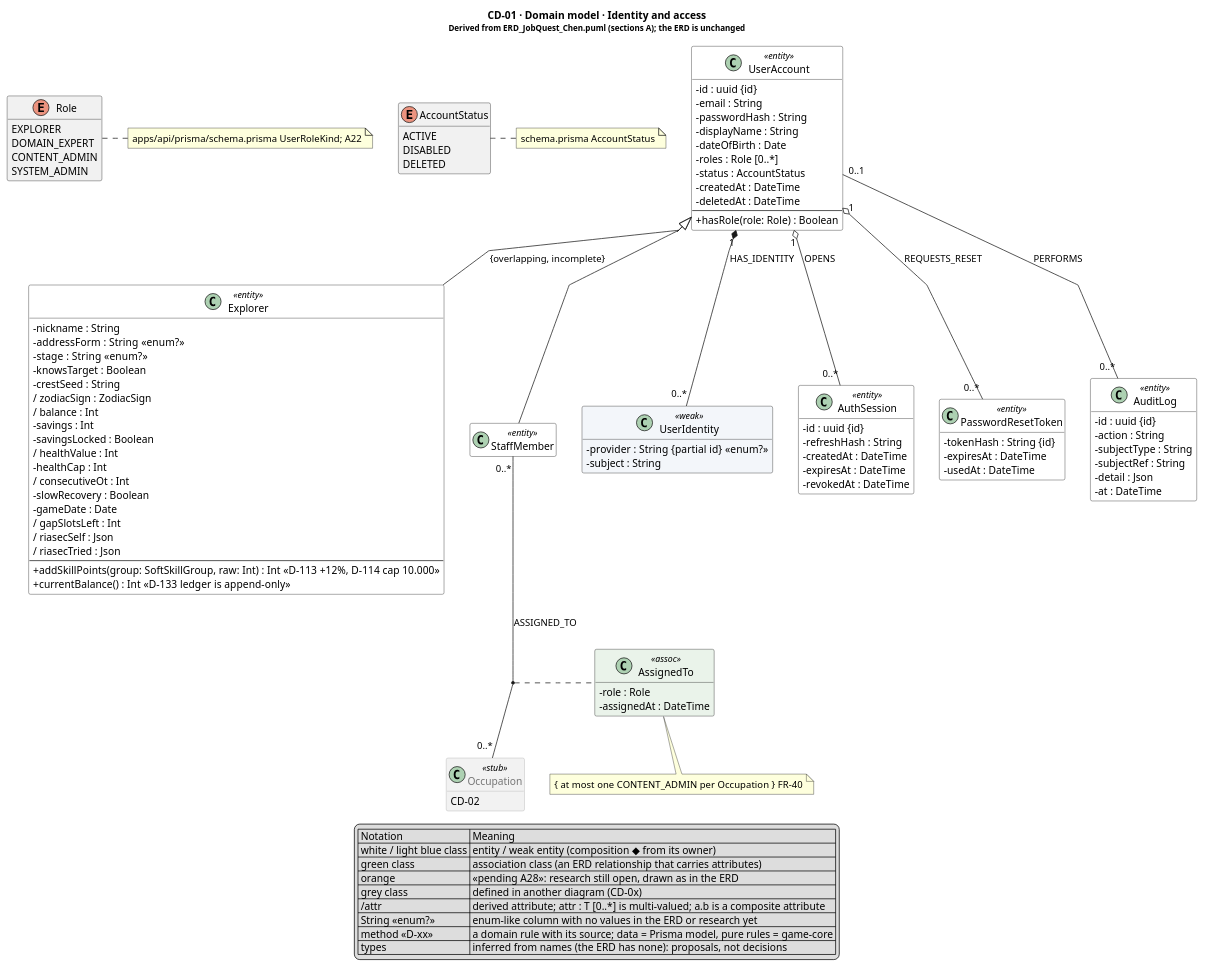
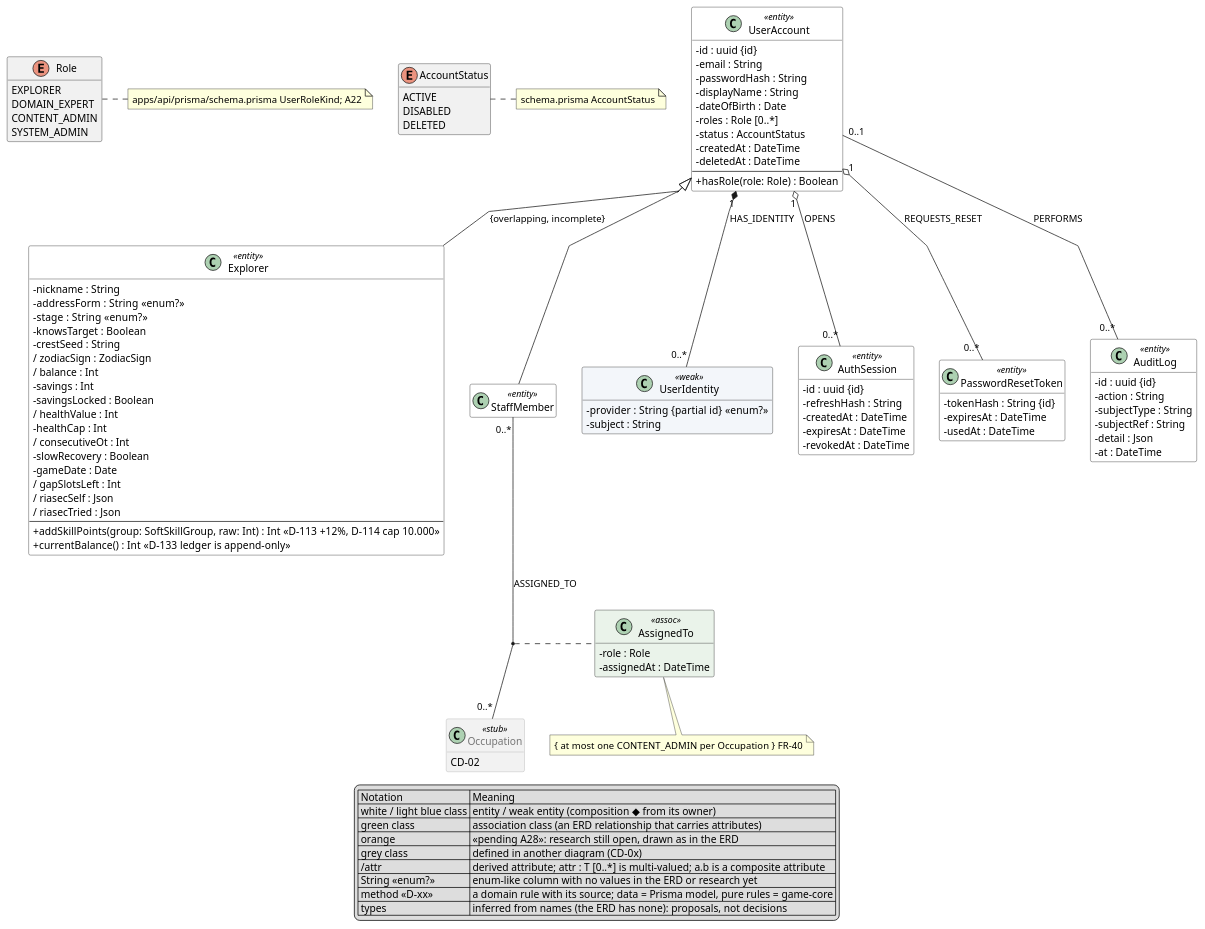
Before and after one commit to The-Golden-Trio/Capstone-Project: the diagram in reports/master/plantuml/class/domain/CD-01_Identity.puml, drawn with PlantUML. The commit also changed 167 other files, not shown here.

```diff
--- a/reports/master/plantuml/class/domain/CD-01_Identity.puml
+++ b/reports/master/plantuml/class/domain/CD-01_Identity.puml
@@ -1,122 +1,121 @@
 @startuml CD-01_Identity
-title CD-01 · Domain model · Identity and access\n<size:11>Derived from ERD_JobQuest_Chen.puml (sections A); the ERD is unchanged</size>
 hide empty members
 skinparam classAttributeIconSize 0
 skinparam linetype polyline
 skinparam nodesep 35
 skinparam ranksep 55
 skinparam class {
   BackgroundColor<<entity>> #FFFFFF
   BackgroundColor<<weak>> #F3F6FA
   BackgroundColor<<assoc>> #EAF3EA
   BackgroundColor<<pending>> #FFE3C2
   BorderColor<<pending>> #E8710A
   BackgroundColor<<vang>> #FFF3C4
   BackgroundColor<<stub>> #F2F2F2
   BorderColor<<stub>> #AAAAAA
   FontColor<<stub>> #777777
 }
 
 class UserAccount <<entity>> {
   - id : uuid {id}
   - email : String
   - passwordHash : String
   - displayName : String
   - dateOfBirth : Date
   - roles : Role [0..*]
   - status : AccountStatus
   - createdAt : DateTime
   - deletedAt : DateTime
   --
   +hasRole(role: Role) : Boolean
 }
 class Explorer <<entity>> {
   - nickname : String
   - addressForm : String  «enum?»
   - stage : String  «enum?»
   - knowsTarget : Boolean
   - crestSeed : String
   / zodiacSign : ZodiacSign
   / balance : Int
   - savings : Int
   - savingsLocked : Boolean
   / healthValue : Int
   - healthCap : Int
   / consecutiveOt : Int
   - slowRecovery : Boolean
   - gameDate : Date
   / gapSlotsLeft : Int
   / riasecSelf : Json
   / riasecTried : Json
   --
   +addSkillPoints(group: SoftSkillGroup, raw: Int) : Int  «D-113 +12%, D-114 cap 10.000»
   +currentBalance() : Int  «D-133 ledger is append-only»
 }
 class StaffMember <<entity>> {
 }
 class UserIdentity <<weak>> {
   - provider : String {partial id}  «enum?»
   - subject : String
 }
 class AuthSession <<entity>> {
   - id : uuid {id}
   - refreshHash : String
   - createdAt : DateTime
   - expiresAt : DateTime
   - revokedAt : DateTime
 }
 class PasswordResetToken <<entity>> {
   - tokenHash : String {id}
   - expiresAt : DateTime
   - usedAt : DateTime
 }
 class AuditLog <<entity>> {
   - id : uuid {id}
   - action : String
   - subjectType : String
   - subjectRef : String
   - detail : Json
   - at : DateTime
 }
 class AssignedTo <<assoc>> {
   - role : Role
   - assignedAt : DateTime
 }
 enum Role {
   EXPLORER
   DOMAIN_EXPERT
   CONTENT_ADMIN
   SYSTEM_ADMIN
 }
 note right of Role : apps/api/prisma/schema.prisma UserRoleKind; A22
 enum AccountStatus {
   ACTIVE
   DISABLED
   DELETED
 }
 note right of AccountStatus : schema.prisma AccountStatus
 class Occupation <<stub>> {
   CD-02
 }
 
 UserAccount "1" *-- "0..*" UserIdentity : HAS_IDENTITY
 UserAccount "1" o-- "0..*" AuthSession : OPENS
 UserAccount "1" o-- "0..*" PasswordResetToken : REQUESTS_RESET
 UserAccount "0..1" -- "0..*" AuditLog : PERFORMS
 StaffMember "0..*" -- "0..*" Occupation : ASSIGNED_TO
 (StaffMember, Occupation) .. AssignedTo
 UserAccount <|-- Explorer : {overlapping, incomplete}
 UserAccount <|-- StaffMember
 note bottom of AssignedTo : { at most one CONTENT_ADMIN per Occupation }  FR-40
 legend bottom
   | Notation | Meaning |
   | white / light blue class | entity / weak entity (composition ◆ from its owner) |
   | green class | association class (an ERD relationship that carries attributes) |
   | orange | «pending A28»: research still open, drawn as in the ERD |
   | grey class | defined in another diagram (CD-0x) |
   | /attr | derived attribute; attr : T [0..*] is multi-valued; a.b is a composite attribute |
   | String «enum?» | enum-like column with no values in the ERD or research yet |
   | method «D-xx» | a domain rule with its source; data = Prisma model, pure rules = game-core |
   | types | inferred from names (the ERD has none): proposals, not decisions |
 endlegend
 @enduml
```
